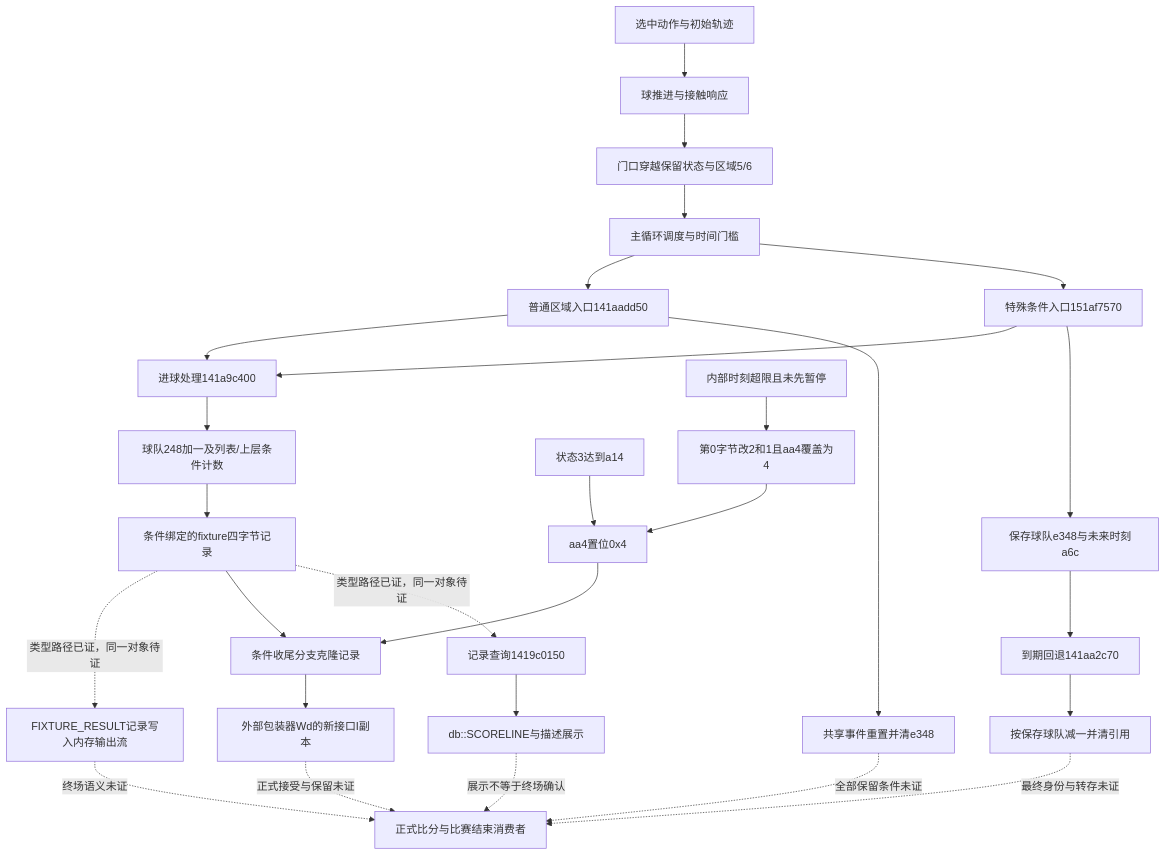
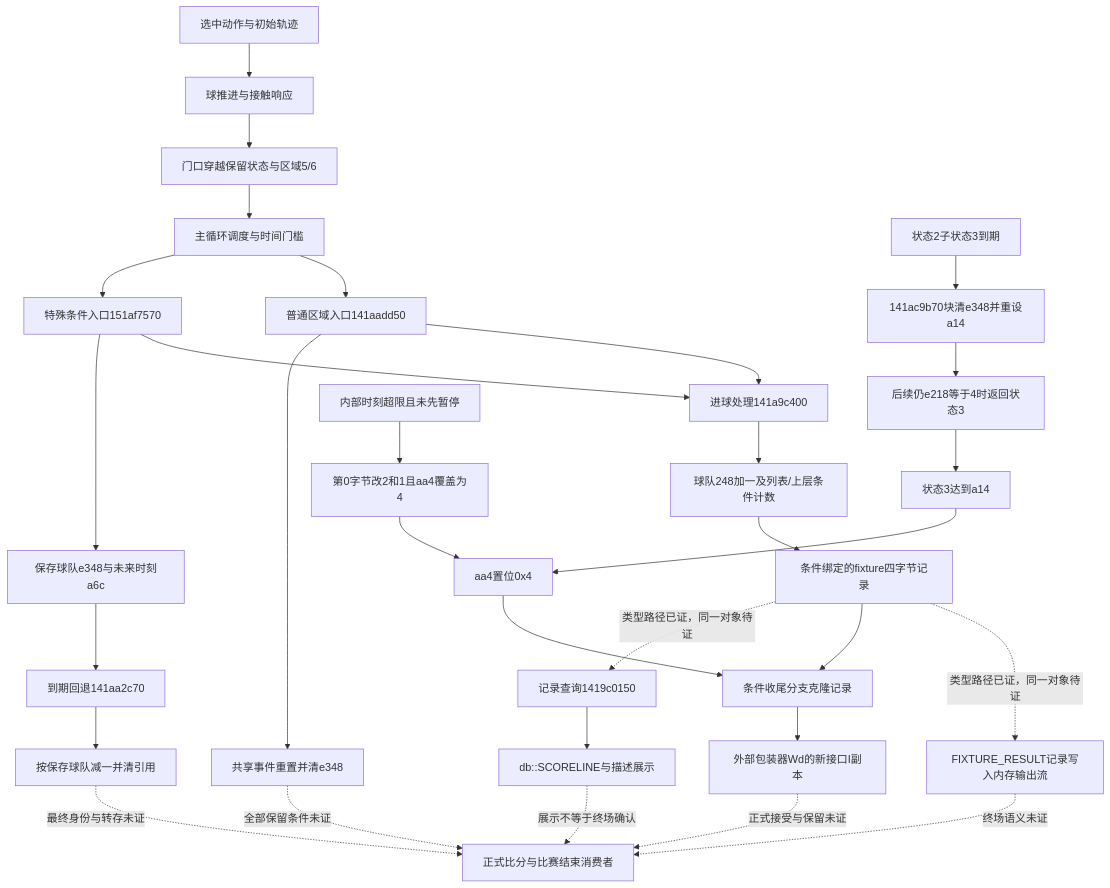
One commit to appleface2050/FM24-Engine-Research changed the diagram in RESEARCH_MAP.md. Above: the diagram before and after it, drawn with Mermaid. The commit also changed other lines of this file and 7 other files, not shown here.

````diff
--- a/RESEARCH_MAP.md
+++ b/RESEARCH_MAP.md
@@ -20,30 +20,33 @@
 ```mermaid
 flowchart TD
     A[选中动作与初始轨迹] --> B[球推进与接触响应]
     B --> C[门口穿越保留状态与区域5/6]
     C --> D[主循环调度与时间门槛]
     D --> E[普通区域入口141aadd50]
     E --> F[进球处理141a9c400]
     F --> G[球队248加一及列表/上层条件计数]
     E --> H[共享事件重置并清e348]
     D --> I[特殊条件入口151af7570]
     I --> F
     I --> J[保存球队e348与未来时刻a6c]
     J --> K[到期回退141aa2c70]
     K --> L[按保存球队减一并清引用]
     G --> N[条件绑定的fixture四字节记录]
     N -. 类型路径已证，同一对象待证 .-> O[FIXTURE_RESULT记录写入内存输出流]
     O -. 终场语义未证 .-> M[正式比分与比赛结束消费者]
     N --> R[条件收尾分支克隆记录]
-    V[状态3达到a14] --> U[aa4置位0x4]
+    AA[状态2子状态3到期] --> AB[141ac9b70块清e348并重设a14]
+    AB --> AC[后续仍e218等于4时返回状态3]
+    AC --> V[状态3达到a14]
+    V --> U[aa4置位0x4]
     W[内部时刻超限且未先暂停] --> Y[第0字节改2和1且aa4覆盖为4]
     Y --> U
     U --> R
     R --> S[外部包装器Wd的新接口I副本]
     S -. 正式接受与保留未证 .-> M
     N -. 类型路径已证，同一对象待证 .-> P[记录查询1419c0150]
     P --> Q[db::SCORELINE与描述展示]
     Q -. 展示不等于终场确认 .-> M
     L -. 最终身份与转存未证 .-> M
     H -. 全部保留条件未证 .-> M
 ```
````
